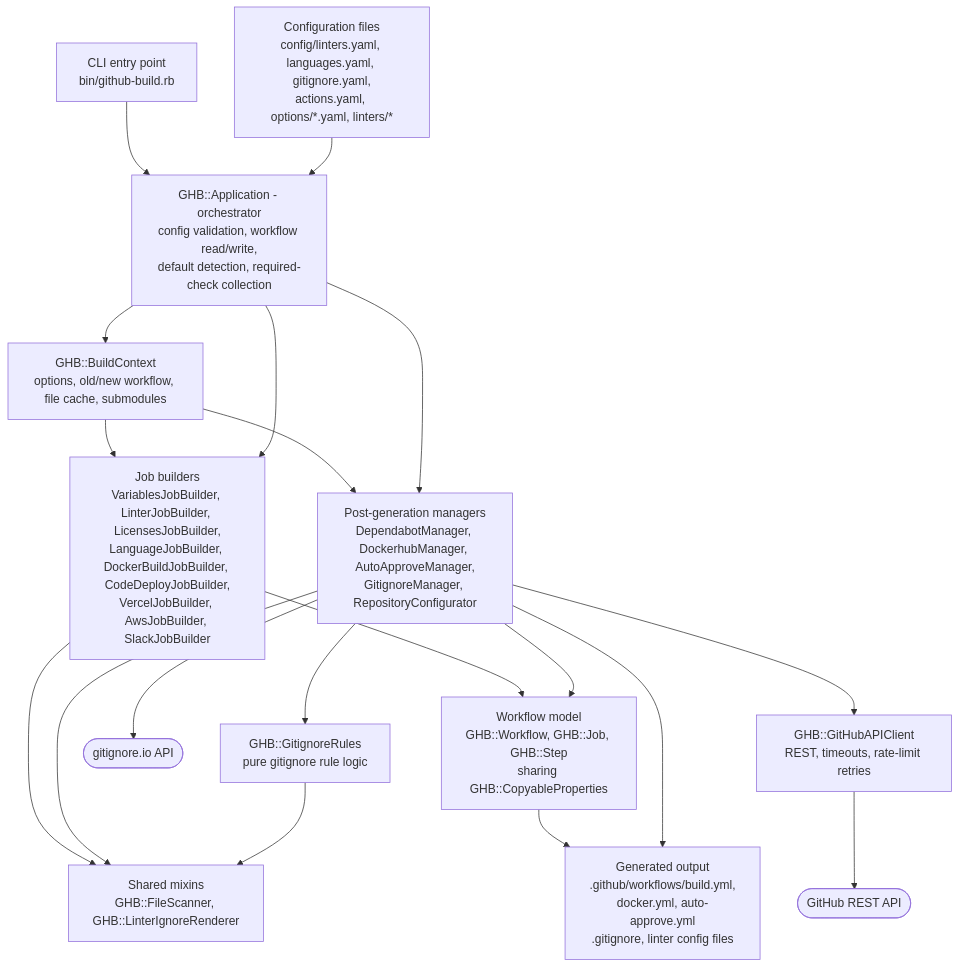
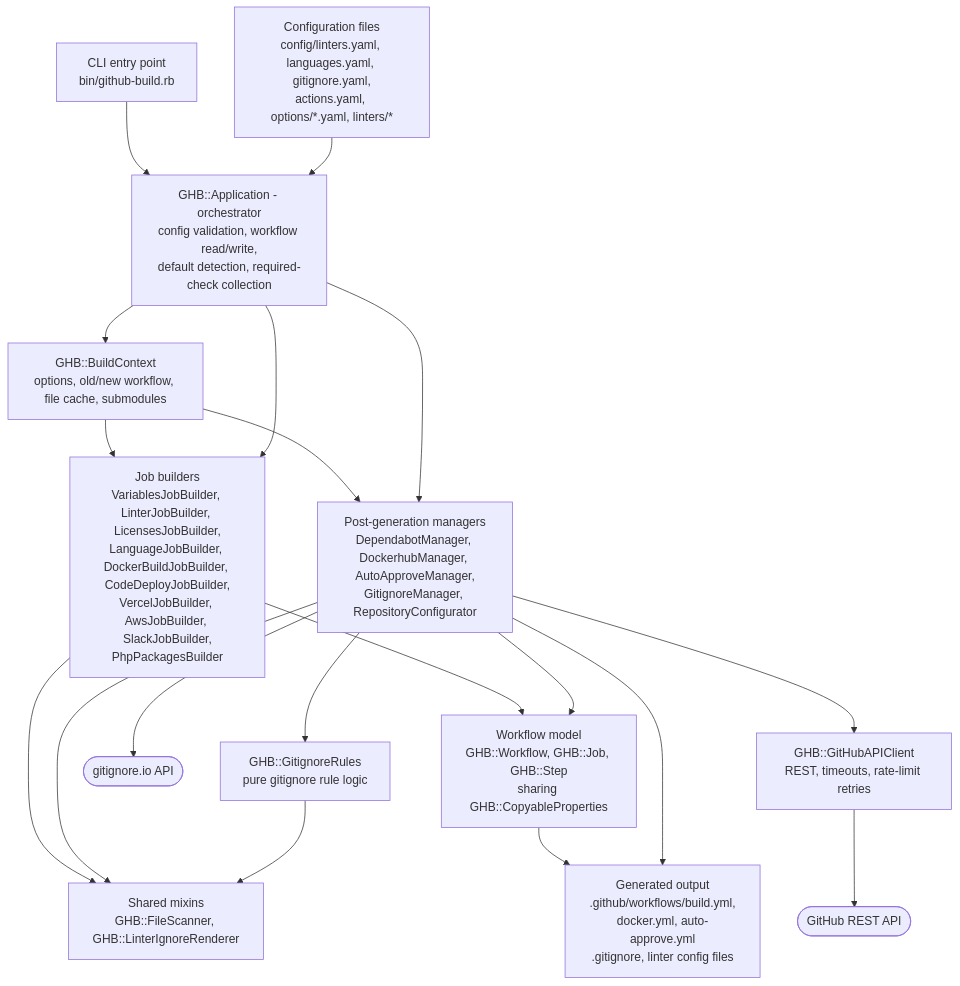
One commit to Cloud-Officer/github-build changed the diagram in docs/architecture.md. Above: the diagram before and after it, drawn with Mermaid. The commit also changed other lines of this file and 7 other files, not shown here.

Commit message:
DEV-6279: Install PHP from apt on ubuntu-26.04 when php-packages.txt exists (#623)

````diff
--- a/docs/architecture.md
+++ b/docs/architecture.md
@@ -13,22 +13,22 @@
 ```mermaid
 flowchart TD
     CLI["CLI entry point<br>bin/github-build.rb"] --> APP
     CFG["Configuration files<br>config/linters.yaml, languages.yaml, gitignore.yaml,<br>actions.yaml, options/*.yaml, linters/*"] --> APP
     APP["GHB::Application - orchestrator<br>config validation, workflow read/write,<br>default detection, required-check collection"]
     APP --> CTX["GHB::BuildContext<br>options, old/new workflow, file cache, submodules"]
     CTX --> BUILDERS
     CTX --> MANAGERS
-    APP --> BUILDERS["Job builders<br>VariablesJobBuilder, LinterJobBuilder, LicensesJobBuilder,<br>LanguageJobBuilder, DockerBuildJobBuilder, CodeDeployJobBuilder,<br>VercelJobBuilder, AwsJobBuilder, SlackJobBuilder"]
+    APP --> BUILDERS["Job builders<br>VariablesJobBuilder, LinterJobBuilder, LicensesJobBuilder,<br>LanguageJobBuilder, DockerBuildJobBuilder, CodeDeployJobBuilder,<br>VercelJobBuilder, AwsJobBuilder, SlackJobBuilder,<br>PhpPackagesBuilder"]
     APP --> MANAGERS["Post-generation managers<br>DependabotManager, DockerhubManager, AutoApproveManager,<br>GitignoreManager, RepositoryConfigurator"]
     BUILDERS --> MIXINS["Shared mixins<br>GHB::FileScanner, GHB::LinterIgnoreRenderer"]
     MANAGERS --> MIXINS
     MANAGERS --> RULES["GHB::GitignoreRules<br>pure gitignore rule logic"]
     RULES --> MIXINS
     MANAGERS --> API["GHB::GitHubAPIClient<br>REST, timeouts, rate-limit retries"]
     API --> GITHUB(["GitHub REST API"])
     MANAGERS --> GIO(["gitignore.io API"])
     BUILDERS --> MODEL["Workflow model<br>GHB::Workflow, GHB::Job, GHB::Step<br>sharing GHB::CopyableProperties"]
     MANAGERS --> MODEL
     MODEL --> OUT["Generated output<br>.github/workflows/build.yml,<br>docker.yml, auto-approve.yml<br>.gitignore, linter config files"]
     MANAGERS --> OUT
 ```
````
